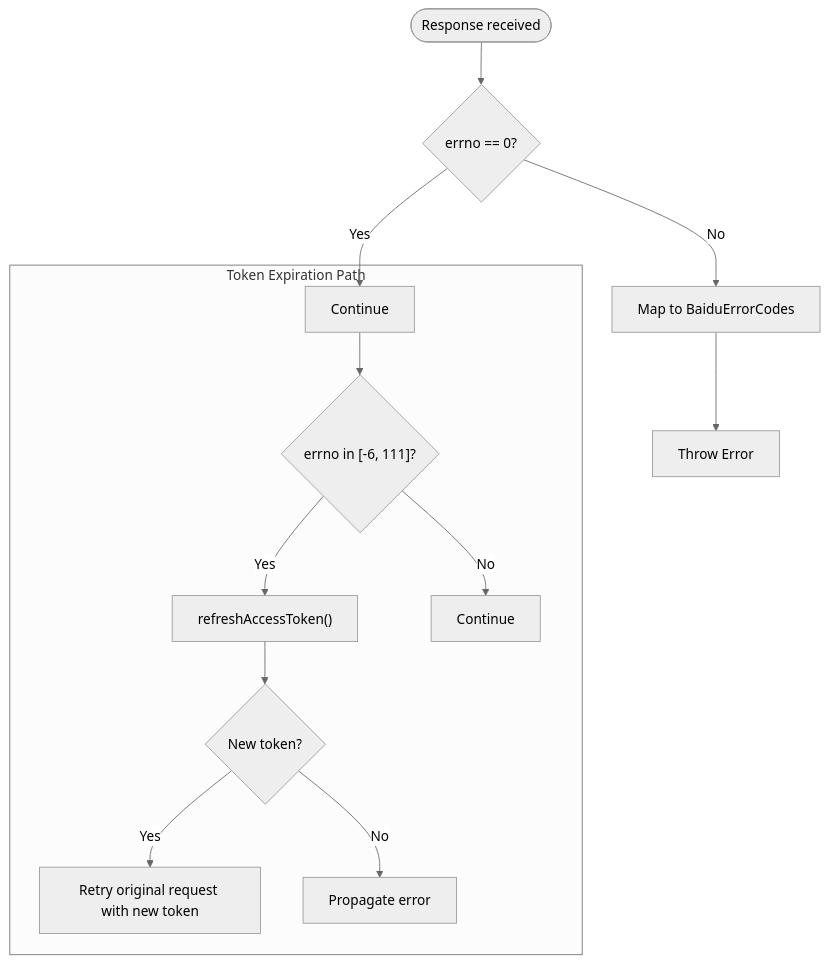
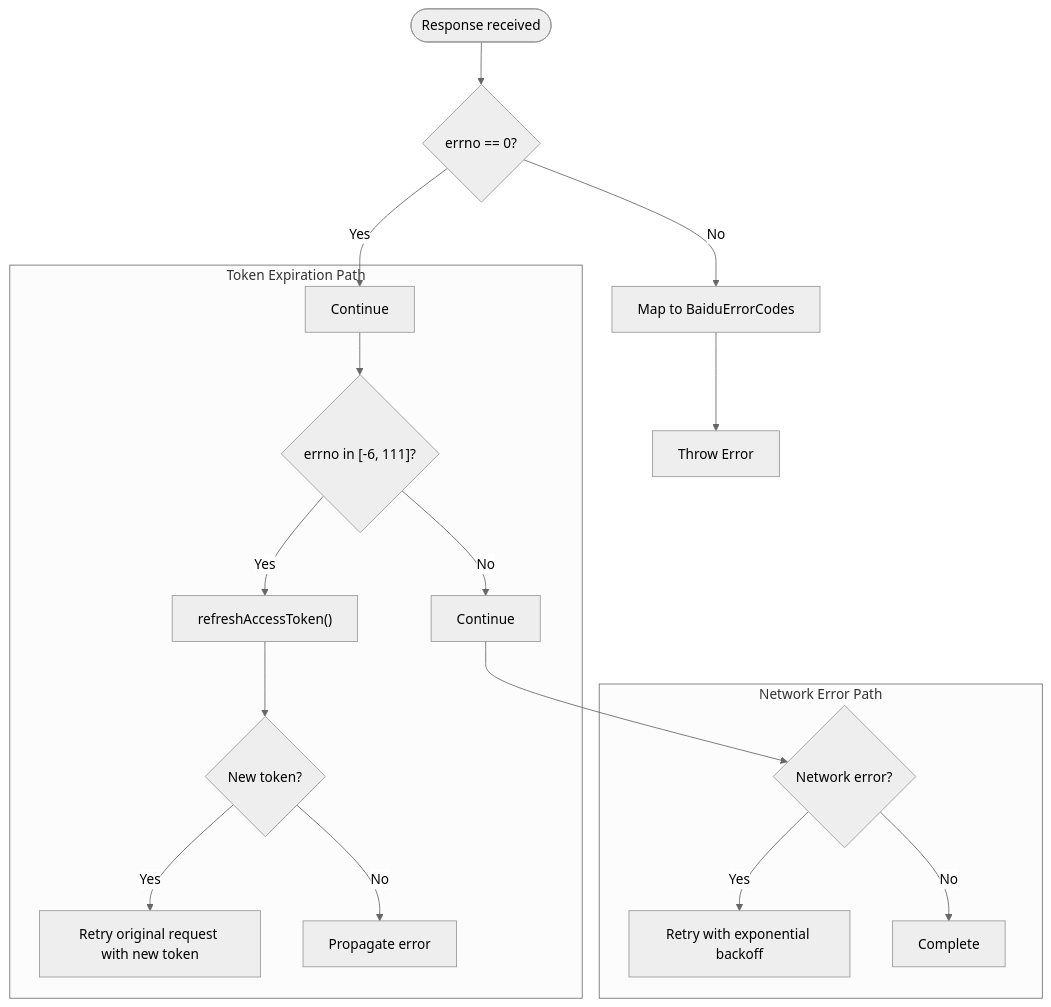
One commit to yuexiaoliang/baiduwangpan-manager changed the eighth of 10 diagrams in .qoder/repowiki/en/content/API Integration/API Integration.md. Above: the diagram before and after it, drawn with Mermaid (neutral theme). The commit also changed other lines of this file and 30 other files, not shown here.

````diff
--- a/.qoder/repowiki/en/content/API Integration/API Integration.md
+++ b/.qoder/repowiki/en/content/API Integration/API Integration.md
@@ -305,15 +371,20 @@
 ```mermaid
 flowchart TD
 EStart(["Response received"]) --> CheckErrno{"errno == 0?"}
 CheckErrno --> |No| MapErr["Map to BaiduErrorCodes"]
 MapErr --> Throw["Throw Error"]
 CheckErrno --> |Yes| Next["Continue"]
 subgraph "Token Expiration Path"
 Next --> CheckTokenErr{"errno in [-6, 111]?"}
 CheckTokenErr --> |Yes| Refresh["refreshAccessToken()"]
 Refresh --> NewToken{"New token?"}
 NewToken --> |Yes| Retry["Retry original request with new token"]
 NewToken --> |No| Propagate["Propagate error"]
 CheckTokenErr --> |No| Continue["Continue"]
 end
+subgraph "Network Error Path"
+Continue --> CheckNetworkErr{"Network error?"}
+CheckNetworkErr --> |Yes| RetryNetwork["Retry with exponential backoff"]
+CheckNetworkErr --> |No| End["Complete"]
+end
 ```
````
